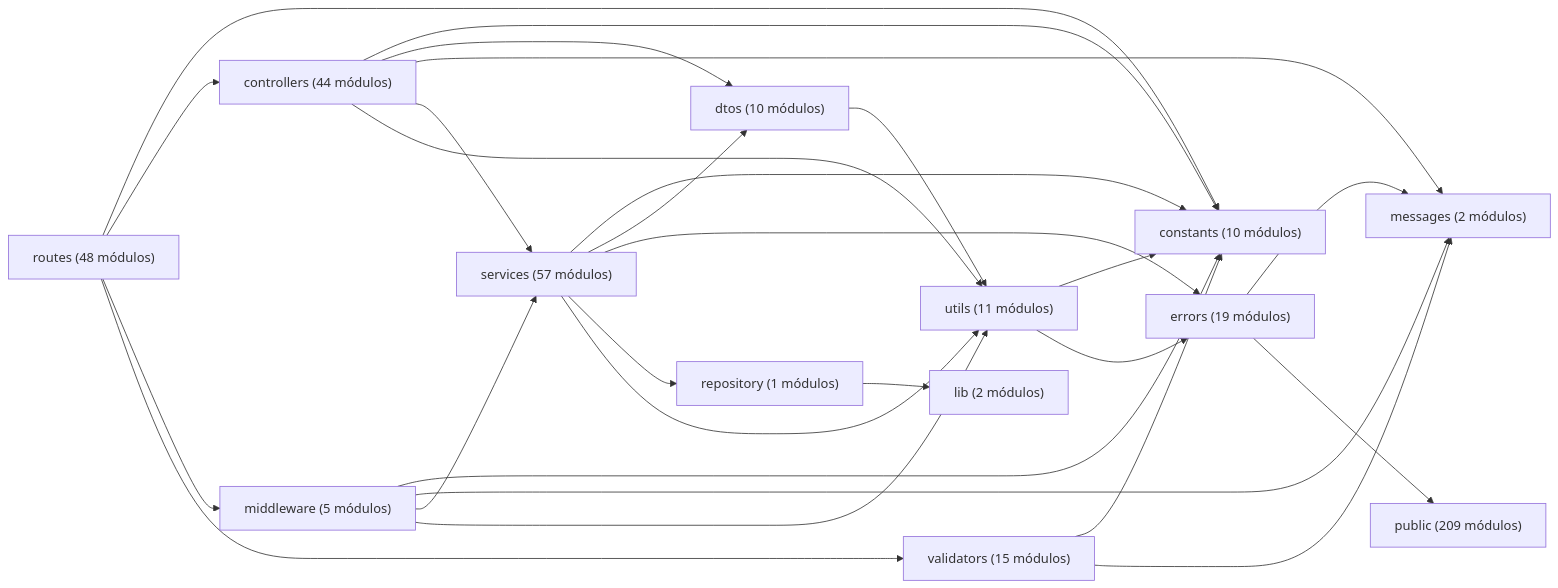
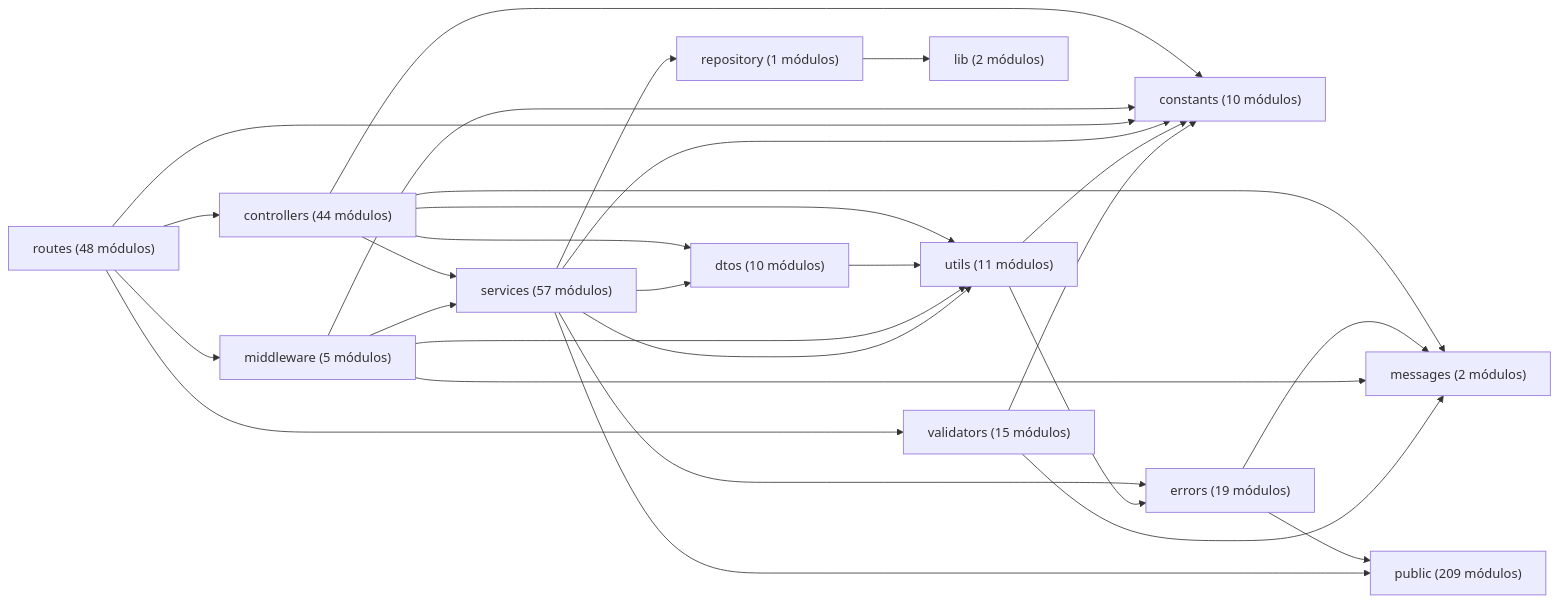
The diagram in docs/architecture/views/development/code-map.md (gpgsistemas01/nexus), drawn with Mermaid before and after one commit. The commit also changed other lines of this file and 338 other files, not shown here.

````diff
--- a/docs/architecture/views/development/code-map.md
+++ b/docs/architecture/views/development/code-map.md
@@ -14,29 +14,30 @@
 ```mermaid
 flowchart LR
     controllers["controllers (44 módulos)"] --> constants["constants (10 módulos)"]
     controllers["controllers (44 módulos)"] --> dtos["dtos (10 módulos)"]
     controllers["controllers (44 módulos)"] --> messages["messages (2 módulos)"]
     controllers["controllers (44 módulos)"] --> services["services (57 módulos)"]
     controllers["controllers (44 módulos)"] --> utils["utils (11 módulos)"]
     dtos["dtos (10 módulos)"] --> utils["utils (11 módulos)"]
     errors["errors (19 módulos)"] --> messages["messages (2 módulos)"]
     errors["errors (19 módulos)"] --> public["public (209 módulos)"]
     middleware["middleware (5 módulos)"] --> constants["constants (10 módulos)"]
     middleware["middleware (5 módulos)"] --> messages["messages (2 módulos)"]
     middleware["middleware (5 módulos)"] --> services["services (57 módulos)"]
     middleware["middleware (5 módulos)"] --> utils["utils (11 módulos)"]
     repository["repository (1 módulos)"] --> lib["lib (2 módulos)"]
     routes["routes (48 módulos)"] --> constants["constants (10 módulos)"]
     routes["routes (48 módulos)"] --> controllers["controllers (44 módulos)"]
     routes["routes (48 módulos)"] --> middleware["middleware (5 módulos)"]
     routes["routes (48 módulos)"] --> validators["validators (15 módulos)"]
     services["services (57 módulos)"] --> constants["constants (10 módulos)"]
     services["services (57 módulos)"] --> dtos["dtos (10 módulos)"]
     services["services (57 módulos)"] --> errors["errors (19 módulos)"]
+    services["services (57 módulos)"] --> public["public (209 módulos)"]
     services["services (57 módulos)"] --> repository["repository (1 módulos)"]
     services["services (57 módulos)"] --> utils["utils (11 módulos)"]
     utils["utils (11 módulos)"] --> constants["constants (10 módulos)"]
     utils["utils (11 módulos)"] --> errors["errors (19 módulos)"]
     validators["validators (15 módulos)"] --> constants["constants (10 módulos)"]
     validators["validators (15 módulos)"] --> messages["messages (2 módulos)"]
 ```
````
